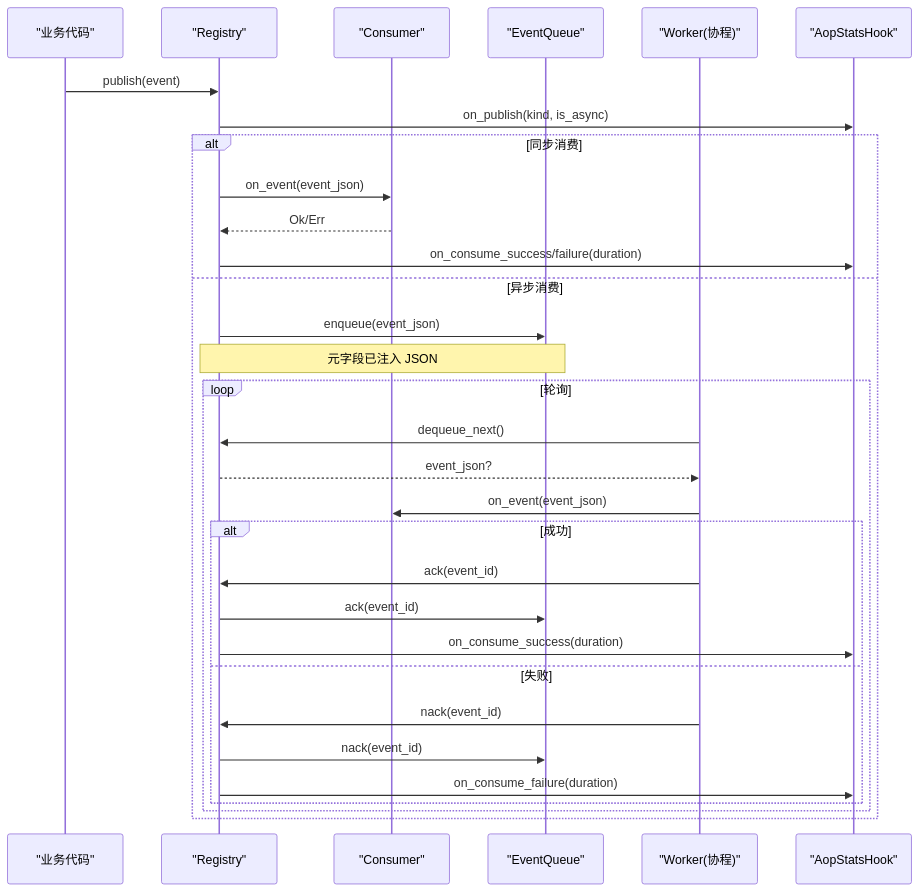
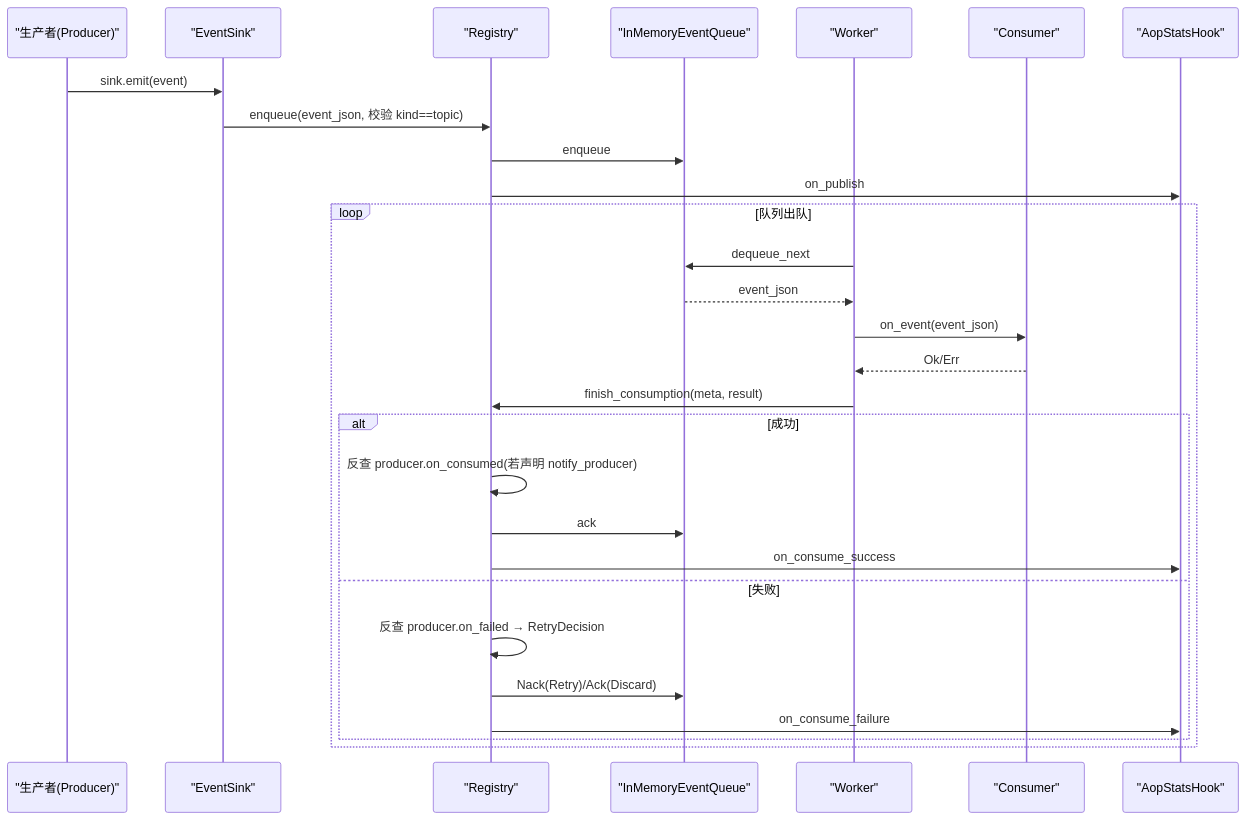
One commit to runningcoders/ai_orz changed the second of 6 diagrams in docs/wiki/zh/content/核心模块/AOP 事件系统/AOP 事件系统.md. Above: the diagram before and after it, drawn with Mermaid. The commit also changed other lines of this file and 37 other files, not shown here.

````diff
--- a/docs/wiki/zh/content/核心模块/AOP 事件系统/AOP 事件系统.md
+++ b/docs/wiki/zh/content/核心模块/AOP 事件系统/AOP 事件系统.md
@@ -115,33 +128,30 @@
 ```mermaid
 sequenceDiagram
-participant P as "业务代码"
+participant P as "生产者(Producer)"
+participant S as "EventSink"
 participant R as "Registry"
+participant Q as "InMemoryEventQueue"
+participant W as "Worker"
 participant C as "Consumer"
-participant Q as "EventQueue"
-participant W as "Worker(协程)"
 participant H as "AopStatsHook"
-P->>R : publish(event)
-R->>H : on_publish(kind, is_async)
-alt 同步消费
-R->>C : on_event(event_json)
-C-->>R : Ok/Err
-R->>H : on_consume_success/failure(duration)
-else 异步消费
-R->>Q : enqueue(event_json)
-Note over R,Q : 元字段已注入 JSON
-loop 轮询
-W->>R : dequeue_next()
-R-->>W : event_json?
+P->>S : sink.emit(event)
+S->>R : enqueue(event_json, 校验 kind==topic)
+R->>Q : enqueue
+R->>H : on_publish
+loop 队列出队
+W->>Q : dequeue_next
+Q-->>W : event_json
 W->>C : on_event(event_json)
+C-->>W : Ok/Err
+W->>R : finish_consumption(meta, result)
 alt 成功
-W->>R : ack(event_id)
-R->>Q : ack(event_id)
-R->>H : on_consume_success(duration)
+R->>R : 反查 producer.on_consumed(若声明 notify_producer)
+R->>Q : ack
+R->>H : on_consume_success
 else 失败
-W->>R : nack(event_id)
-R->>Q : nack(event_id)
-R->>H : on_consume_failure(duration)
-end
+R->>R : 反查 producer.on_failed → RetryDecision
+R->>Q : Nack(Retry)/Ack(Discard)
+R->>H : on_consume_failure
 end
 end
 ```
````
